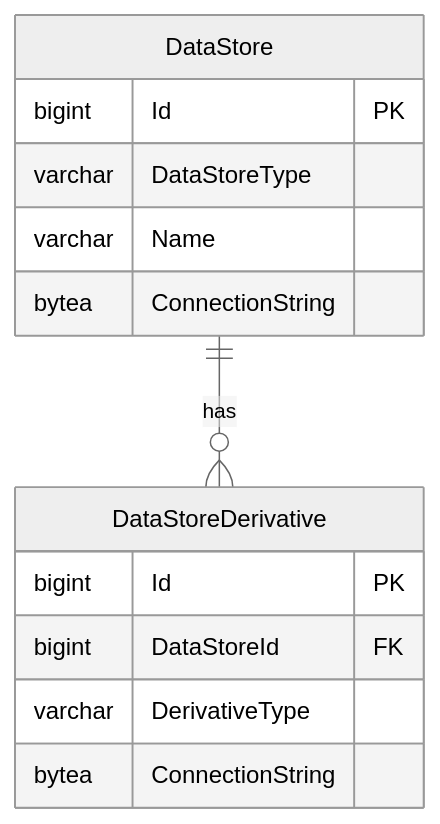
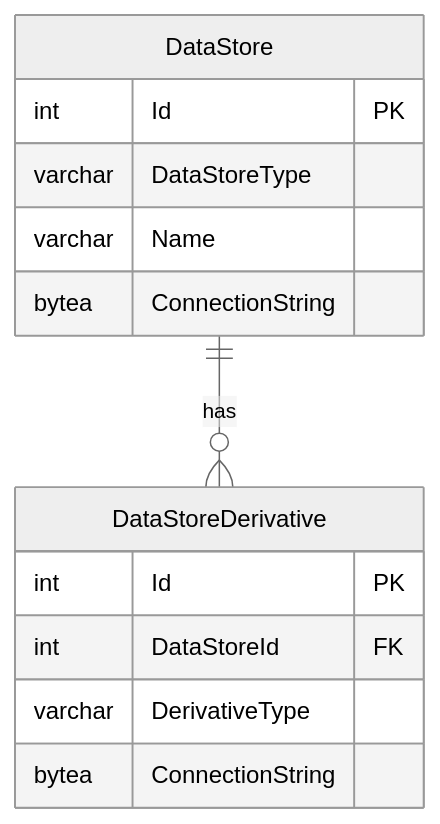
The diagram in odsApi_versioned_docs/version-8/platform-dev-guide/features/read-replicas.md (Ed-Fi-Alliance-OSS/ed-fi-alliance-oss.github.io), drawn with Mermaid (neutral theme) before and after one commit. The commit also changed other lines of this file and 26 other files, not shown here.

````diff
--- a/odsApi_versioned_docs/version-8/platform-dev-guide/features/read-replicas.md
+++ b/odsApi_versioned_docs/version-8/platform-dev-guide/features/read-replicas.md
@@ -50,18 +50,18 @@
 ```mermaid
 erDiagram
     DataStore ||--o{ DataStoreDerivative : has
 
     DataStore {
-        bigint Id PK
+        int Id PK
         varchar DataStoreType
         varchar Name
         bytea ConnectionString
     }
 
     DataStoreDerivative {
-        bigint Id PK
-        bigint DataStoreId FK
+        int Id PK
+        int DataStoreId FK
         varchar DerivativeType
         bytea ConnectionString
     }
 ```
````
